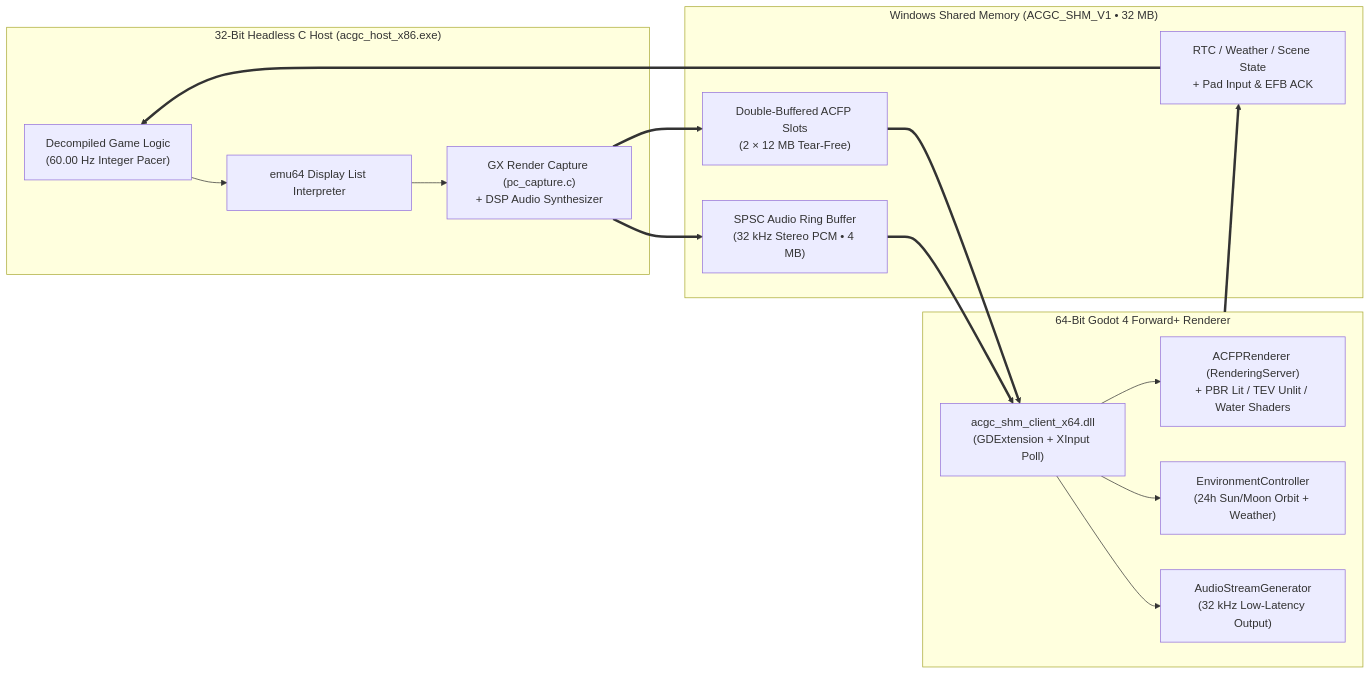
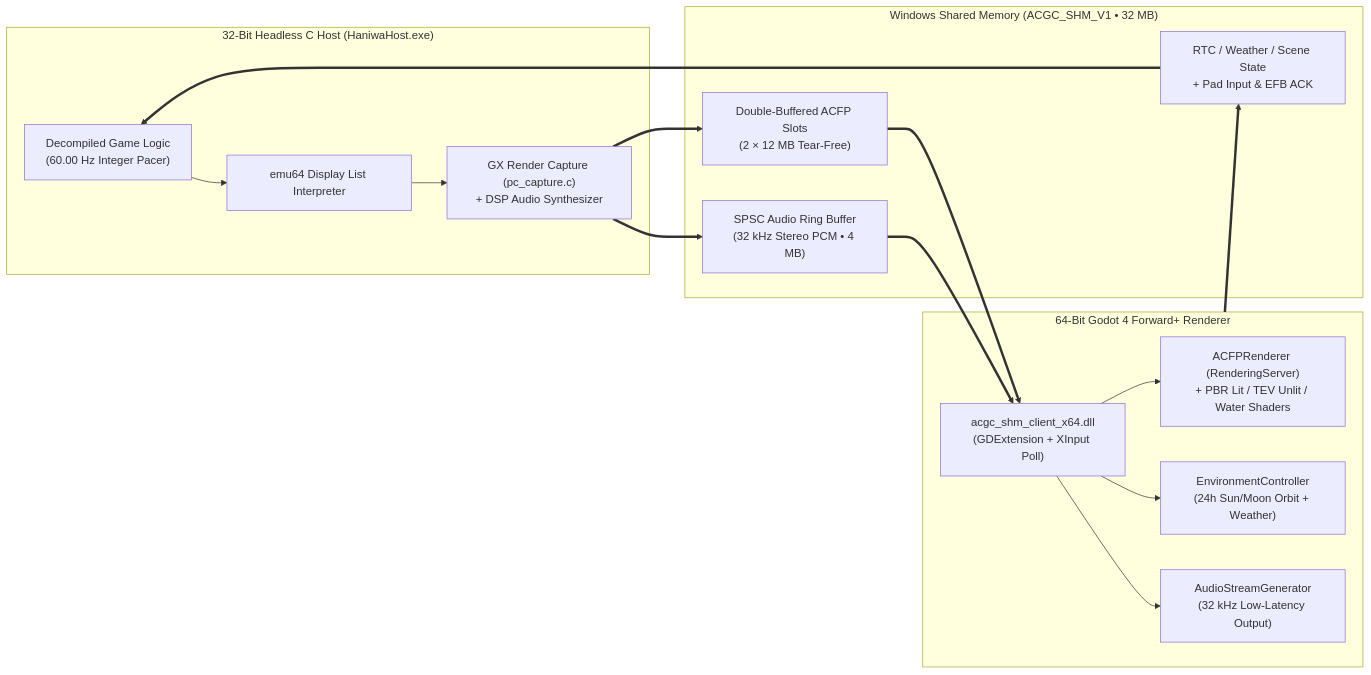
Before and after one commit to jaluraDEV/haniwa-bridge: the diagram in README.md, drawn with Mermaid. The commit also changed other lines of this file and 8 other files, not shown here.

Commit message:
refactor: Rename host binary to HaniwaHost and launcher to HaniwaLauncher

````diff
--- a/README.md
+++ b/README.md
@@ -56,29 +56,29 @@
 ```mermaid
 flowchart LR
-    subgraph Host["32-Bit Headless C Host (acgc_host_x86.exe)"]
+    subgraph Host["32-Bit Headless C Host (HaniwaHost.exe)"]
         Logic["Decompiled Game Logic\n(60.00 Hz Integer Pacer)"]
         Emu64["emu64 Display List Interpreter"]
         Capture["GX Render Capture (pc_capture.c)\n+ DSP Audio Synthesizer"]
         Logic --> Emu64 --> Capture
     end
 
     subgraph SHM["Windows Shared Memory (ACGC_SHM_V1 • 32 MB)"]
         Slots["Double-Buffered ACFP Slots\n(2 × 12 MB Tear-Free)"]
         AudioRing["SPSC Audio Ring Buffer\n(32 kHz Stereo PCM • 4 MB)"]
         StateBlock["RTC / Weather / Scene State\n+ Pad Input & EFB ACK"]
     end
 
     subgraph Client["64-Bit Godot 4 Forward+ Renderer"]
         GDExt["acgc_shm_client_x64.dll\n(GDExtension + XInput Poll)"]
         Renderer["ACFPRenderer (RenderingServer)\n+ PBR Lit / TEV Unlit / Water Shaders"]
         Env["EnvironmentController\n(24h Sun/Moon Orbit + Weather)"]
         AudioGen["AudioStreamGenerator\n(32 kHz Low-Latency Output)"]
         GDExt --> Renderer
         GDExt --> Env
         GDExt --> AudioGen
     end
 
     Capture ==> Slots ==> GDExt
     Capture ==> AudioRing ==> GDExt
     Client ==> StateBlock ==> Logic
 ```
````
